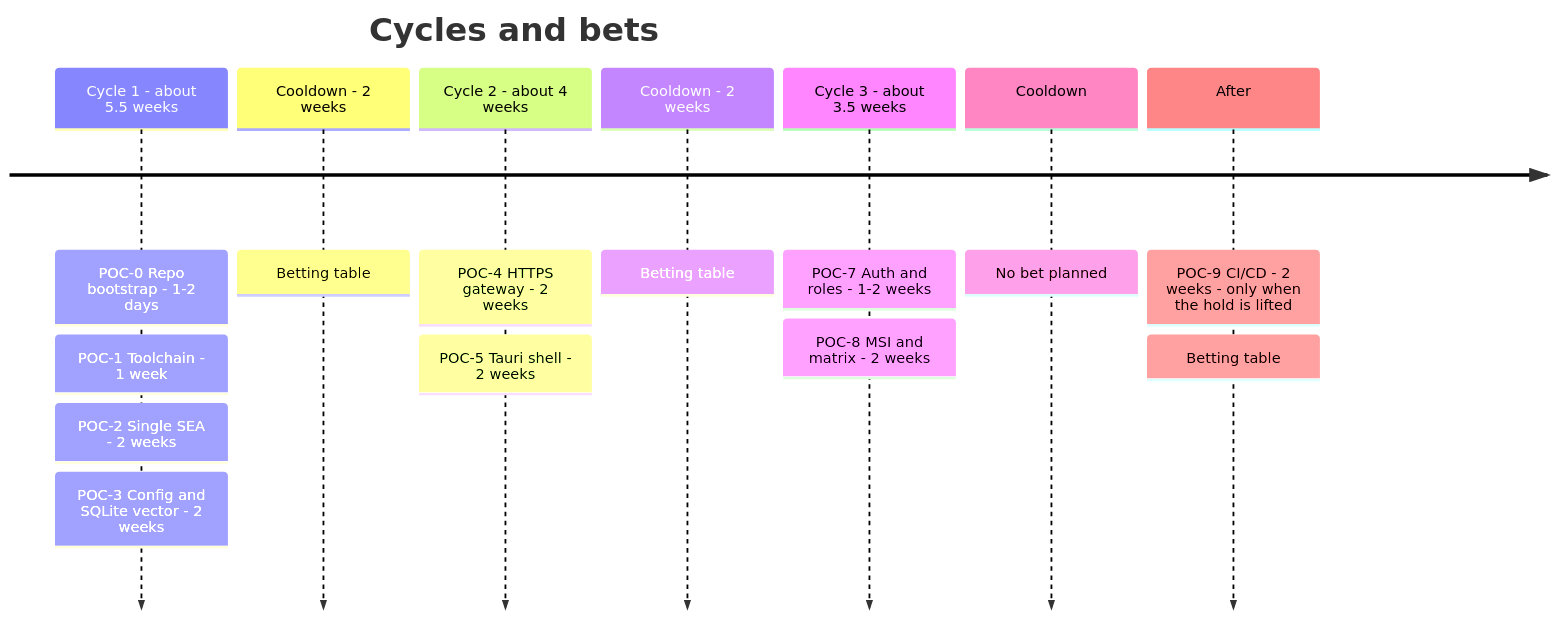
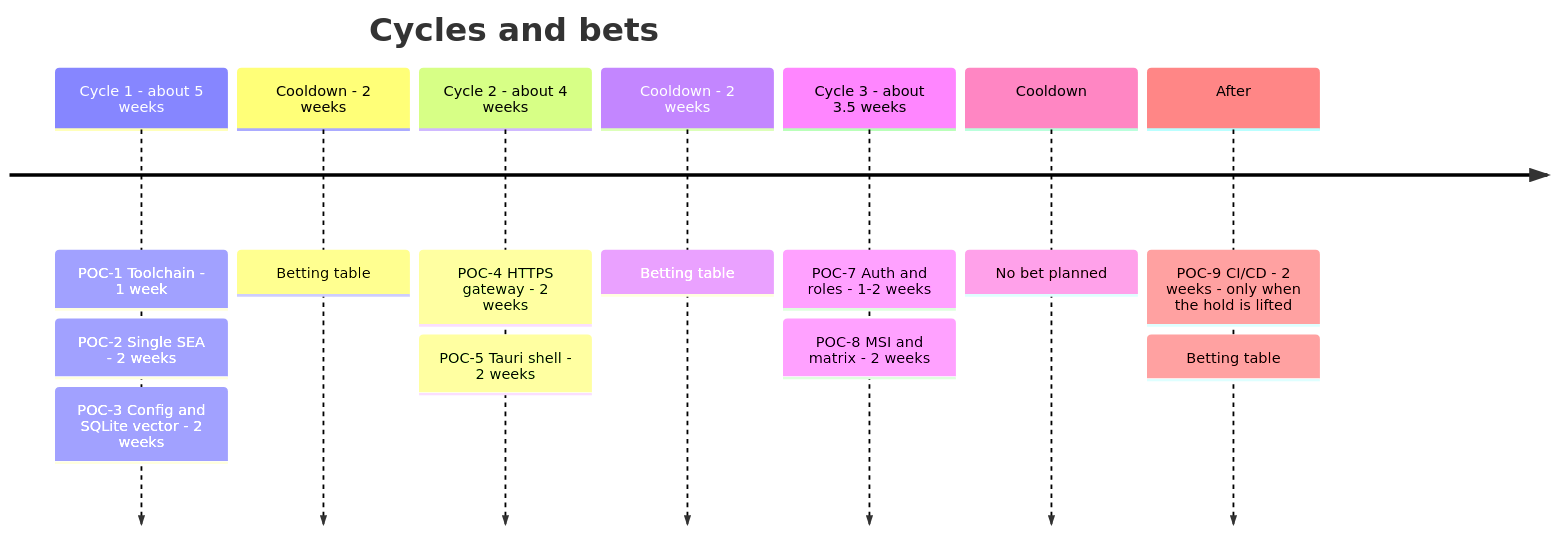
Before and after one commit to virgenherrera/lan-solution-template: the first of 5 diagrams in docs/roadmap/PROPOSAL.md, drawn with Mermaid. The commit also changed other lines of this file and 59 other files, not shown here.

Commit message:
feat: POC-1 monorepo, Nest apps and one SEA sidecar (1a to 1c) (#4)

````diff
--- a/docs/roadmap/PROPOSAL.md
+++ b/docs/roadmap/PROPOSAL.md
@@ -63,11 +62,11 @@
 ```mermaid
 timeline
     title Cycles and bets
-    Cycle 1 - about 5.5 weeks : POC-0 Repo bootstrap - 1-2 days : POC-1 Toolchain - 1 week : POC-2 Single SEA - 2 weeks : POC-3 Config and SQLite vector - 2 weeks
+    Cycle 1 - about 5 weeks : POC-1 Toolchain - 1 week : POC-2 Single SEA - 2 weeks : POC-3 Config and SQLite vector - 2 weeks
     Cooldown - 2 weeks : Betting table
     Cycle 2 - about 4 weeks : POC-4 HTTPS gateway - 2 weeks : POC-5 Tauri shell - 2 weeks
     Cooldown - 2 weeks : Betting table
     Cycle 3 - about 3.5 weeks : POC-7 Auth and roles - 1-2 weeks : POC-8 MSI and matrix - 2 weeks
     Cooldown : No bet planned
     After : POC-9 CI/CD - 2 weeks - only when the hold is lifted : Betting table
 ```
````
